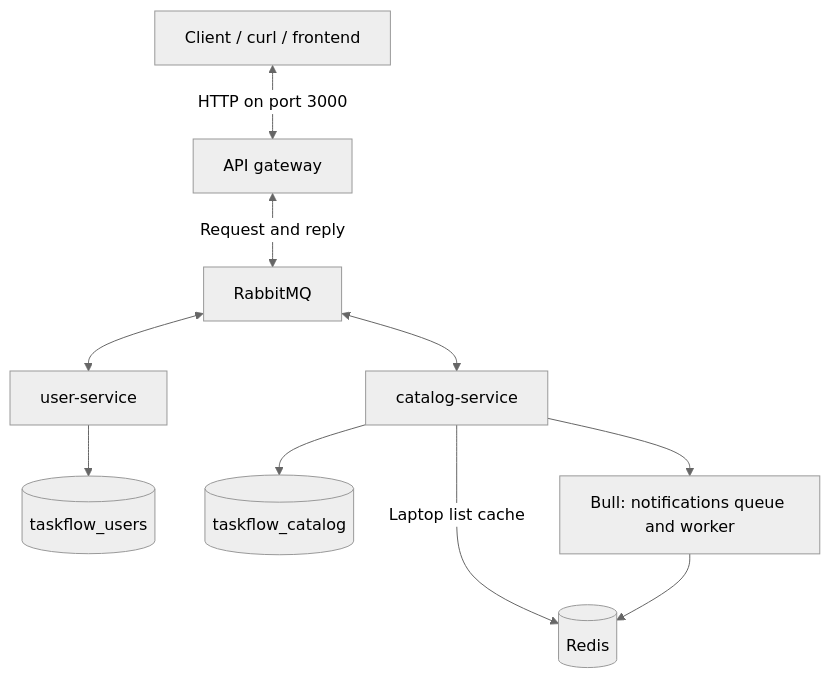
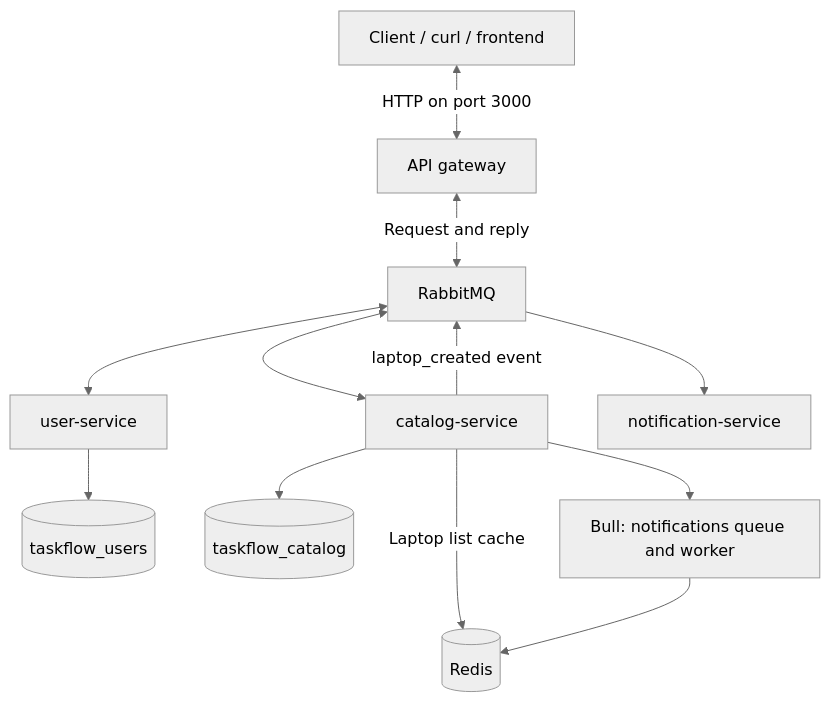
The diagram in README.md (AbdulazizAyalew/taskflow-backend), drawn with Mermaid (neutral theme) before and after one commit. The commit also changed other lines of this file and 2 other files, not shown here.

Commit message:
docs: explain RabbitMQ routing and reliability

````diff
--- a/README.md
+++ b/README.md
@@ -9,12 +9,14 @@
 ```mermaid
 flowchart TD
     Client["Client / curl / frontend"] <-->|HTTP on port 3000| Gateway["API gateway"]
     Gateway <-->|Request and reply| RabbitMQ["RabbitMQ"]
     RabbitMQ <--> Users["user-service"]
     RabbitMQ <--> Catalog["catalog-service"]
+    Catalog -->|laptop_created event| RabbitMQ
+    RabbitMQ --> Notifications["notification-service"]
     Users --> UserDB[("taskflow_users")]
     Catalog --> CatalogDB[("taskflow_catalog")]
     Catalog -->|Laptop list cache| Redis[("Redis")]
     Catalog --> Bull["Bull: notifications queue and worker"]
     Bull --> Redis
 ```
````
